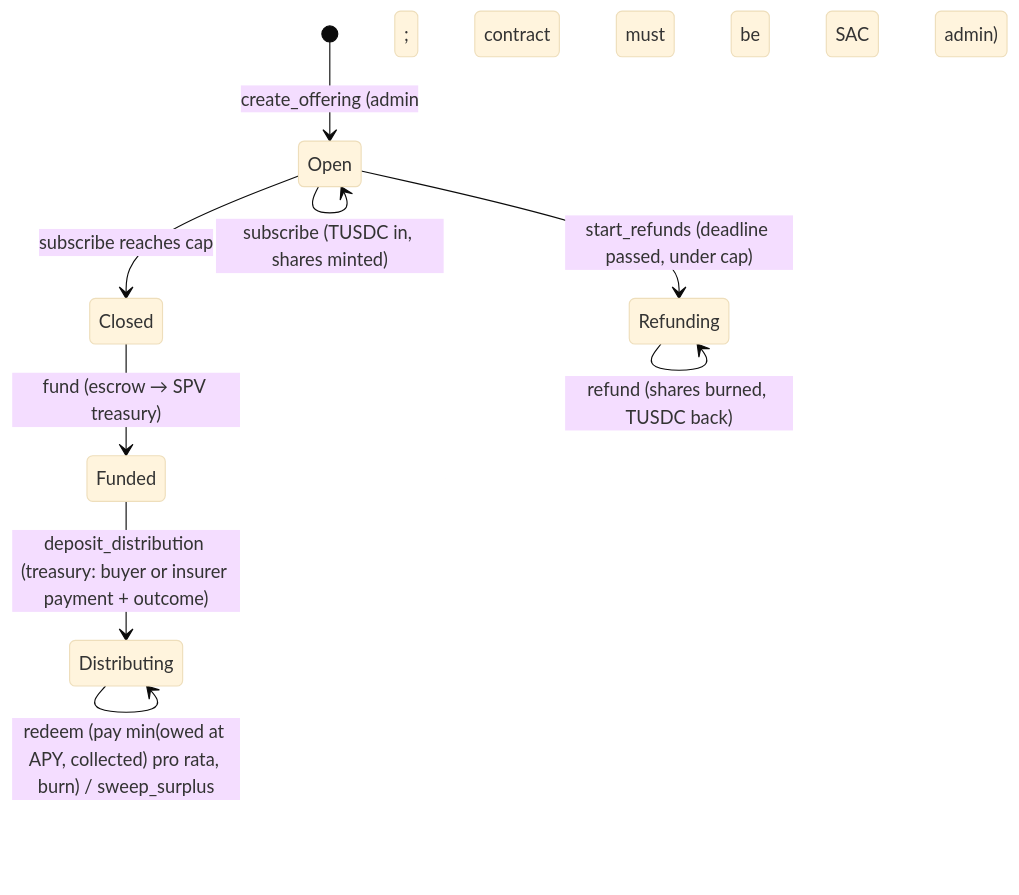
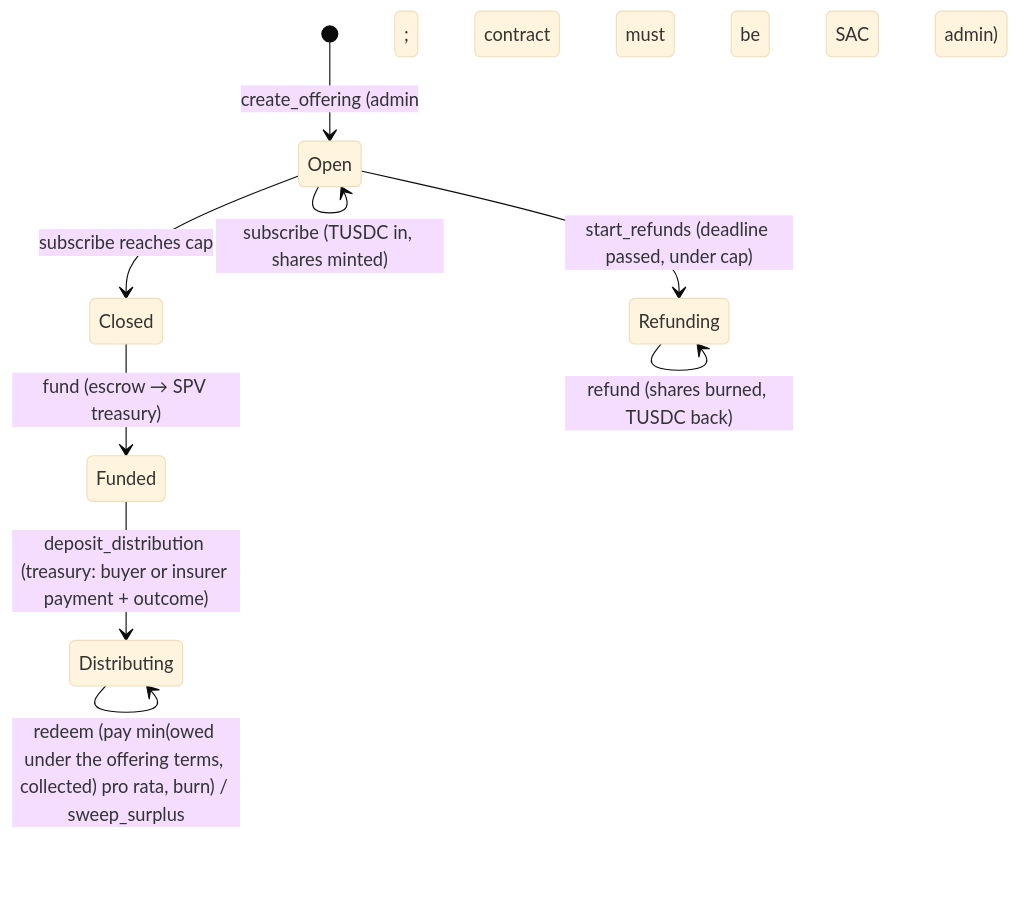
The second of 2 diagrams in docs/architecture.md (AgroSmart-Contracts/Proof-Of-Trading), drawn with Mermaid (base theme) before and after one commit. The commit also changed 15 other files, not shown here.

First line of the commit message:
docs: describe the fixed amount set in the offering terms, not APY

````diff
--- a/docs/architecture.md
+++ b/docs/architecture.md
@@ -64,11 +64,11 @@
 ```mermaid
 stateDiagram-v2
   [*] --> Open: create_offering (admin; contract must be SAC admin)
   Open --> Open: subscribe (TUSDC in, shares minted)
   Open --> Closed: subscribe reaches cap
   Open --> Refunding: start_refunds (deadline passed, under cap)
   Refunding --> Refunding: refund (shares burned, TUSDC back)
   Closed --> Funded: fund (escrow → SPV treasury)
   Funded --> Distributing: deposit_distribution (treasury: buyer or insurer payment + outcome)
-  Distributing --> Distributing: redeem (pay min(owed at APY, collected) pro rata, burn) / sweep_surplus
+  Distributing --> Distributing: redeem (pay min(owed under the offering terms, collected) pro rata, burn) / sweep_surplus
 ```
````
